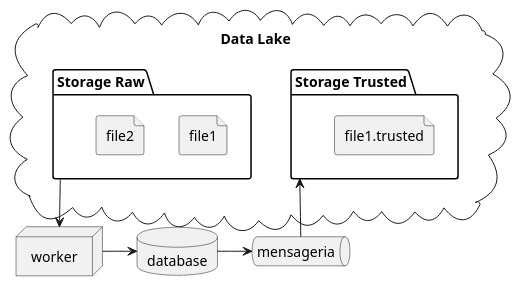
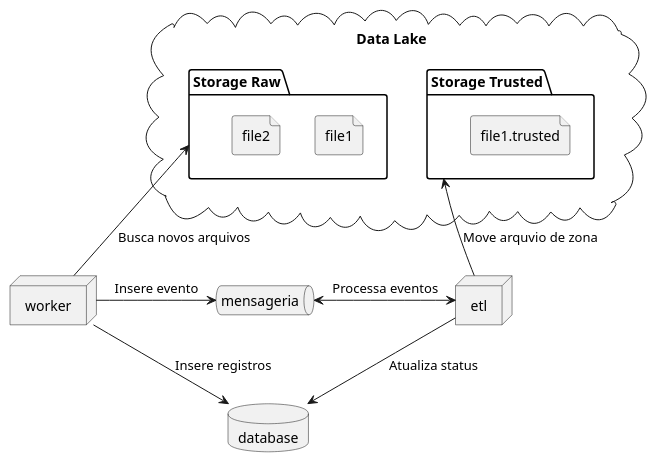
One commit to rauanisanfelice/globo-teste changed the diagram in Contract/deploy-diagram.plantuml. Above: the diagram before and after it, drawn with PlantUML. The commit also changed 2 other files, not shown here.

Commit message:
:memo: add diagram uml

```diff
--- a/Contract/deploy-diagram.plantuml
+++ b/Contract/deploy-diagram.plantuml
@@ -1,24 +1,28 @@
 @startuml GloboTeste
 
 cloud cloud as "Data Lake" {
     folder raw as "Storage Raw" {
 
         file file1
         file file2
     }
     folder trusted as "Storage Trusted" {
 
         file file1.trusted
     }
 }
 
 node worker
 database database
 queue mensageria
+node etl
 
-raw --> worker
-worker -> database
-database -> mensageria
-mensageria -> trusted
+worker -up-> raw: Busca novos arquivos
+worker -down-> database: Insere registros
+worker -right-> mensageria: Insere evento
+
+etl -> database: Atualiza status
+etl <-left-> mensageria: Processa eventos
+etl -up-> trusted: Move arquvio de zona
 
 @enduml
```
